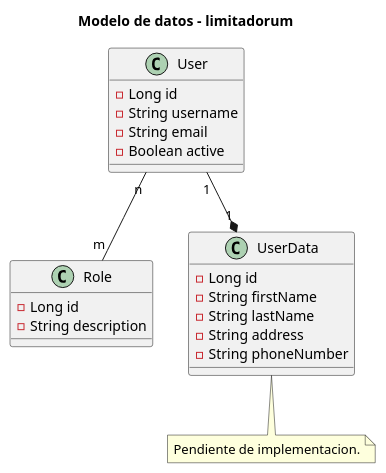
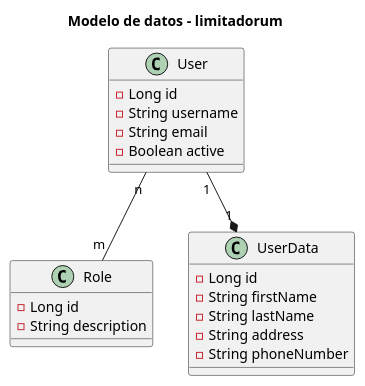
Before and after one commit to santilo23/limitadorum: the diagram in docs/diagrama_usuario.puml, drawn with PlantUML. The commit also changed 4 other files, not shown here.

Commit message:
#8 feat(domain): implementar la entidad UserData

```diff
--- a/docs/diagrama_usuario.puml
+++ b/docs/diagrama_usuario.puml
@@ -1,30 +1,26 @@
 @startuml
 title Modelo de datos - limitadorum
 
 class User {
     - Long id
     - String username
     - String email
     - Boolean active
 }
 
 class Role {
     - Long id
     - String description
 }
 
 class UserData {
     - Long id
     - String firstName
     - String lastName
     - String address
     - String phoneNumber
 }
 
-note bottom of UserData
-  Pendiente de implementacion.
-end note
-
 User "1" --* "1" UserData
 User "n" -- "m" Role
 @enduml
```
